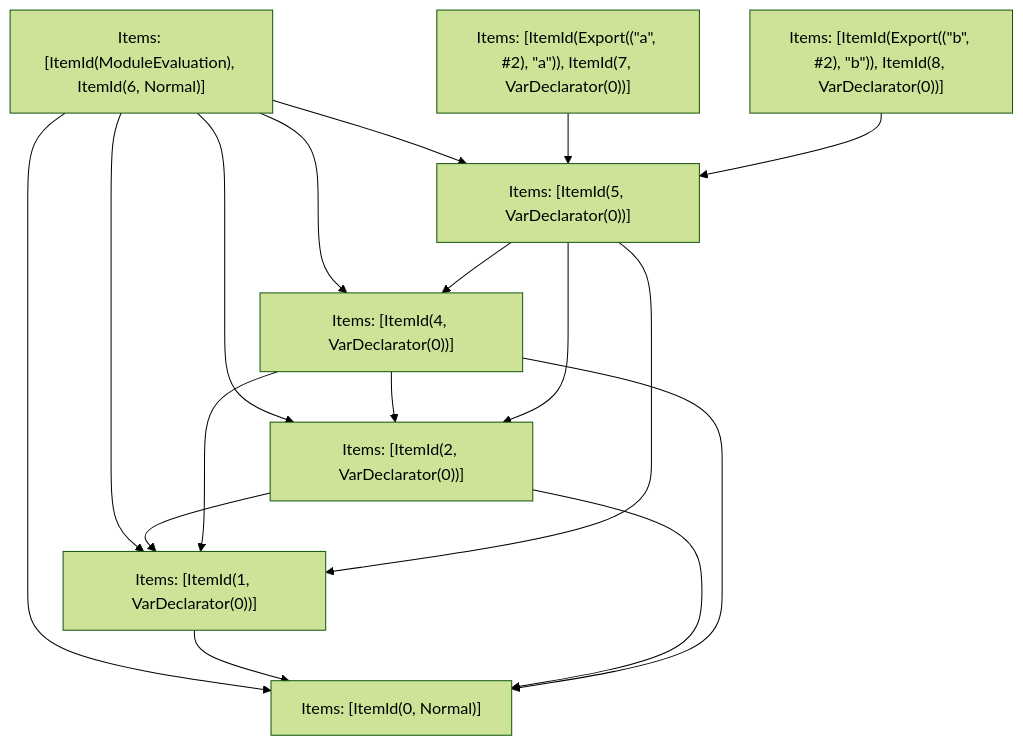
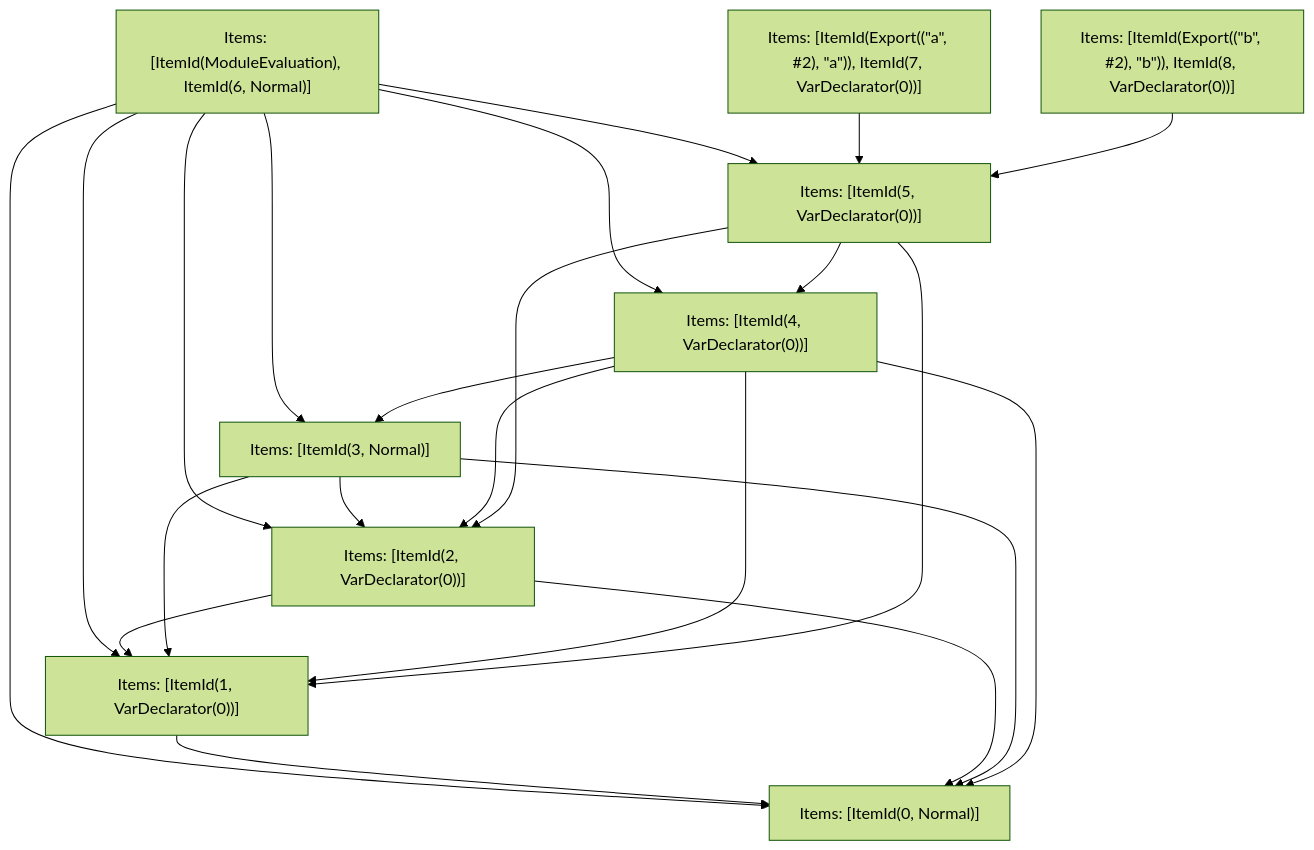
Before and after one commit to vercel/turborepo: the fifth of 5 diagrams in crates/turbopack-ecmascript/tests/tree-shaker/analyzer/shared-and-side-effects/output.md, drawn with Mermaid (forest theme). The commit also changed other lines of this file and 1 other file, not shown here.

````diff
--- a/crates/turbopack-ecmascript/tests/tree-shaker/analyzer/shared-and-side-effects/output.md
+++ b/crates/turbopack-ecmascript/tests/tree-shaker/analyzer/shared-and-side-effects/output.md
@@ -240,27 +257,33 @@
 ```mermaid
 graph TD
     N0["Items: [ItemId(ModuleEvaluation), ItemId(6, Normal)]"];
     N1["Items: [ItemId(Export((&quot;a&quot;, #2), &quot;a&quot;)), ItemId(7, VarDeclarator(0))]"];
     N2["Items: [ItemId(Export((&quot;b&quot;, #2), &quot;b&quot;)), ItemId(8, VarDeclarator(0))]"];
     N3["Items: [ItemId(0, Normal)]"];
     N4["Items: [ItemId(1, VarDeclarator(0))]"];
     N5["Items: [ItemId(2, VarDeclarator(0))]"];
-    N6["Items: [ItemId(4, VarDeclarator(0))]"];
-    N7["Items: [ItemId(5, VarDeclarator(0))]"];
+    N6["Items: [ItemId(3, Normal)]"];
+    N7["Items: [ItemId(4, VarDeclarator(0))]"];
+    N8["Items: [ItemId(5, VarDeclarator(0))]"];
     N0 --> N3;
     N0 --> N4;
     N0 --> N5;
     N0 --> N6;
     N0 --> N7;
-    N1 --> N7;
-    N2 --> N7;
+    N0 --> N8;
+    N1 --> N8;
+    N2 --> N8;
     N4 --> N3;
     N5 --> N3;
     N5 --> N4;
     N6 --> N3;
     N6 --> N4;
     N6 --> N5;
+    N7 --> N3;
     N7 --> N4;
     N7 --> N5;
     N7 --> N6;
+    N8 --> N4;
+    N8 --> N5;
+    N8 --> N7;
 ```
````
